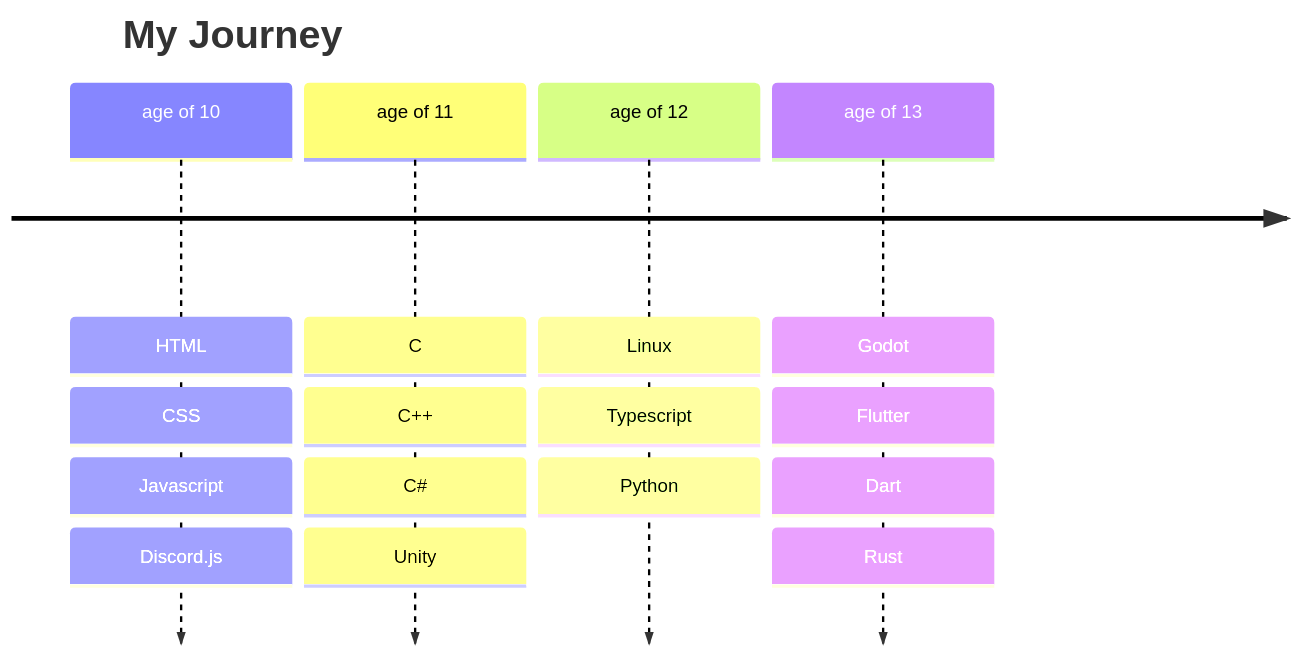
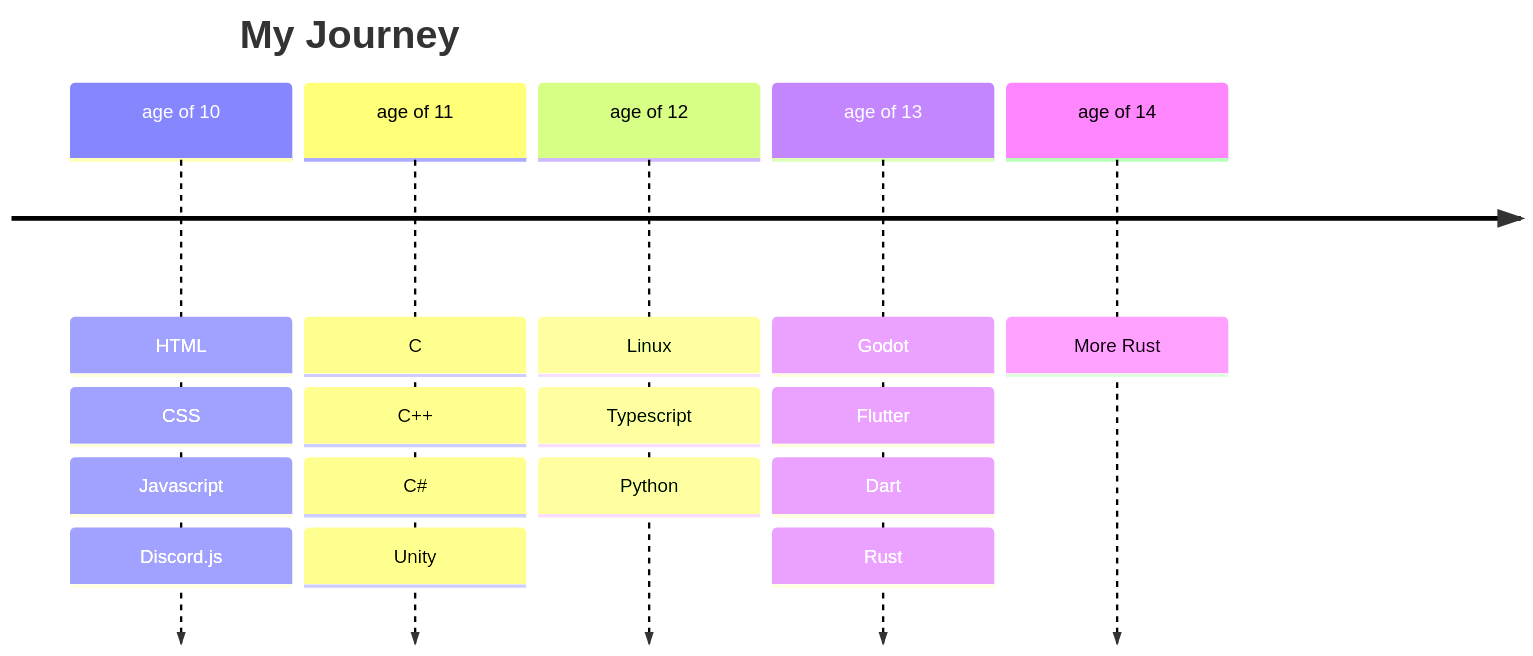
One commit to ViktorPopp/ViktorPopp changed the diagram in README.md. Above: the diagram before and after it, drawn with Mermaid.

````diff
--- a/README.md
+++ b/README.md
@@ -52,23 +52,25 @@
 ```mermaid
 timeline
 title My Journey
 age of 10
 	: HTML
 	: CSS
 	: Javascript
 	: Discord.js
 age of 11
 	: C
 	: C++
 	: C#
 	: Unity
 age of 12
 	: Linux
 	: Typescript
 	: Python
 age of 13
 	: Godot
 	: Flutter
 	: Dart
 	: Rust
+age of 14
+	: More Rust 
 ```
````
